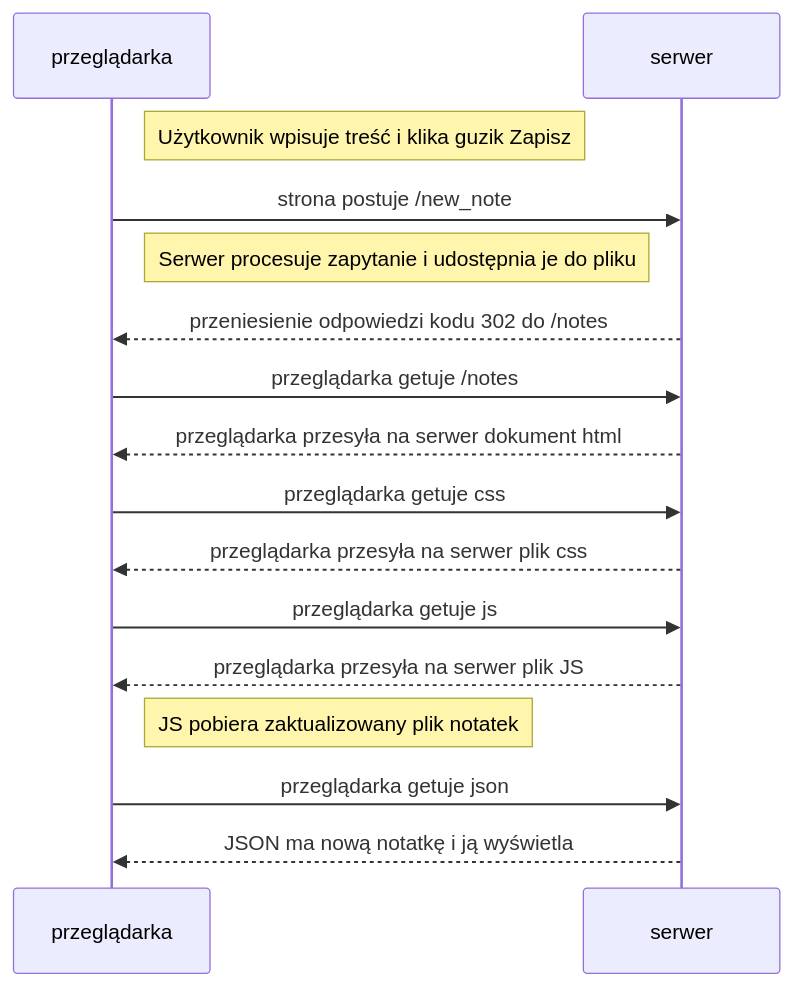
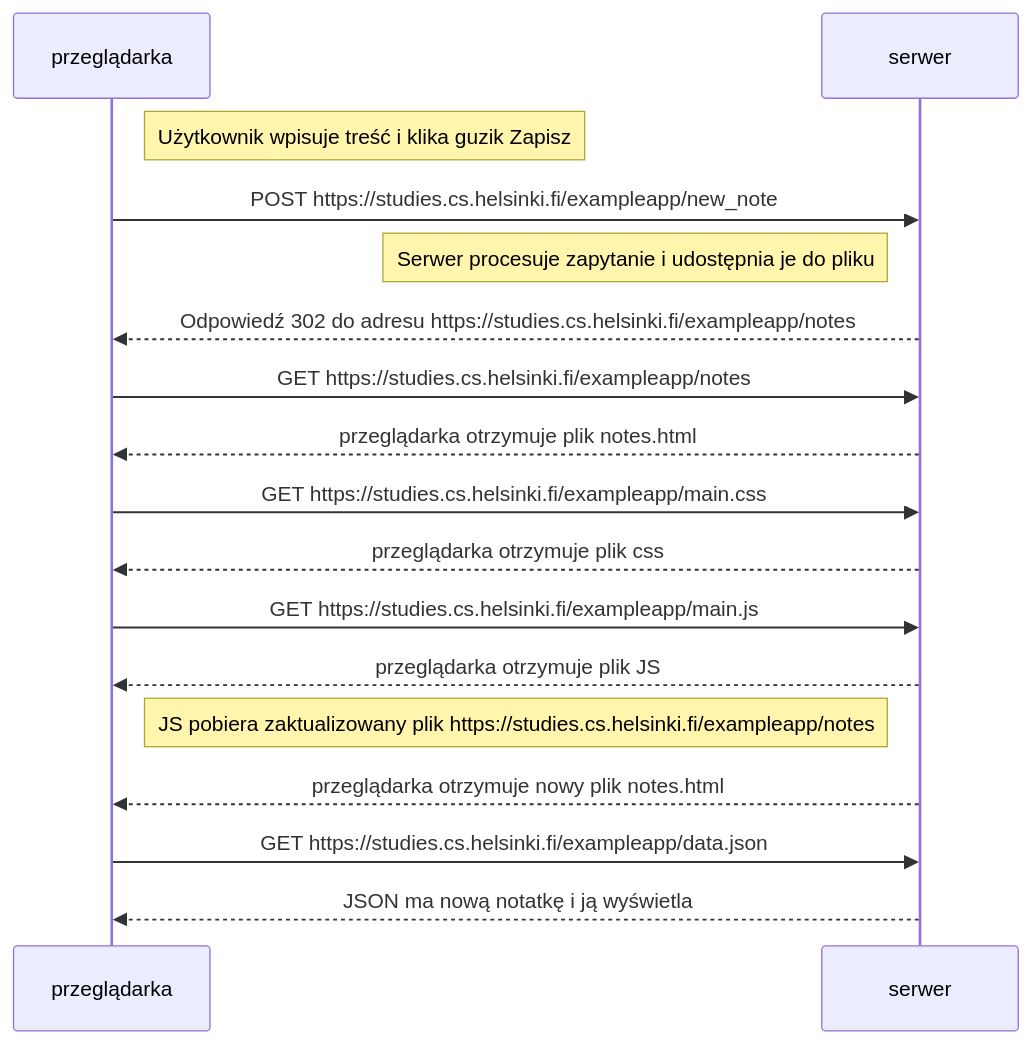
Before and after one commit to hfbcgg/fullstackzadania: the diagram in Part0/zadanie 0.4/zadanie04moczek.mmd, drawn with Mermaid. The commit also changed 2 other files, not shown here.

```diff
--- a/Part0/zadanie 0.4/zadanie04moczek.mmd
+++ b/Part0/zadanie 0.4/zadanie04moczek.mmd
@@ -1,17 +1,18 @@
 sequenceDiagram
     participant przeglądarka
     participant serwer
 
     Note right of przeglądarka: Użytkownik wpisuje treść i klika guzik Zapisz
-    przeglądarka->>serwer: strona postuje /new_note
+    przeglądarka->>serwer: POST https://studies.cs.helsinki.fi/exampleapp/new_note
     Note left of serwer: Serwer procesuje zapytanie i udostępnia je do pliku
-    serwer-->>przeglądarka: przeniesienie odpowiedzi kodu 302 do /notes
-    przeglądarka->>serwer: przeglądarka getuje /notes
-    serwer-->>przeglądarka: przeglądarka przesyła na serwer dokument html
-    przeglądarka->>serwer: przeglądarka getuje css
-    serwer-->>przeglądarka: przeglądarka przesyła na serwer plik css
-    przeglądarka->>serwer: przeglądarka getuje js
-    serwer-->>przeglądarka: przeglądarka przesyła na serwer plik JS
-    Note right of przeglądarka: JS pobiera zaktualizowany plik notatek
-    przeglądarka->>serwer: przeglądarka getuje json
+    serwer-->>przeglądarka: Odpowiedź 302 do adresu https://studies.cs.helsinki.fi/exampleapp/notes
+    przeglądarka->>serwer: GET https://studies.cs.helsinki.fi/exampleapp/notes
+    serwer-->>przeglądarka: przeglądarka otrzymuje plik notes.html
+    przeglądarka->>serwer: GET https://studies.cs.helsinki.fi/exampleapp/main.css
+    serwer-->>przeglądarka: przeglądarka otrzymuje plik css
+    przeglądarka->>serwer: GET https://studies.cs.helsinki.fi/exampleapp/main.js
+    serwer-->>przeglądarka: przeglądarka otrzymuje plik JS
+    Note right of przeglądarka: JS pobiera zaktualizowany plik https://studies.cs.helsinki.fi/exampleapp/notes
+    serwer-->>przeglądarka:przeglądarka otrzymuje nowy plik notes.html
+    przeglądarka->>serwer: GET https://studies.cs.helsinki.fi/exampleapp/data.json
     serwer-->>przeglądarka: JSON ma nową notatkę i ją wyświetla
```
